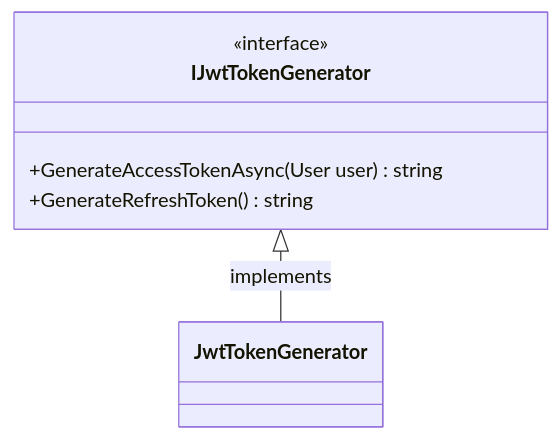
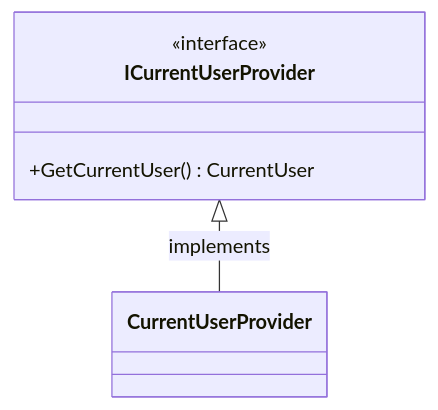
Before and after one commit to snicoper/agenda-manager-docs: the fourth of 7 diagrams in backend/source/Domain/Identity.md, drawn with Mermaid. The commit also changed other lines of this file and 1 other file, not shown here.

````diff
--- a/backend/source/Domain/Identity.md
+++ b/backend/source/Domain/Identity.md
@@ -113,13 +110,9 @@
 ```mermaid
 classDiagram
-    class IJwtTokenGenerator {
+    class ICurrentUserProvider{
         <<interface>>
-        +GenerateAccessTokenAsync(User user) string
-        +GenerateRefreshToken() string
+        +GetCurrentUser() CurrentUser
     }
 
-    class JwtTokenGenerator {
-    }
-
-    IJwtTokenGenerator <|-- JwtTokenGenerator : implements
+    ICurrentUserProvider <|-- CurrentUserProvider : implements
 ```
````
